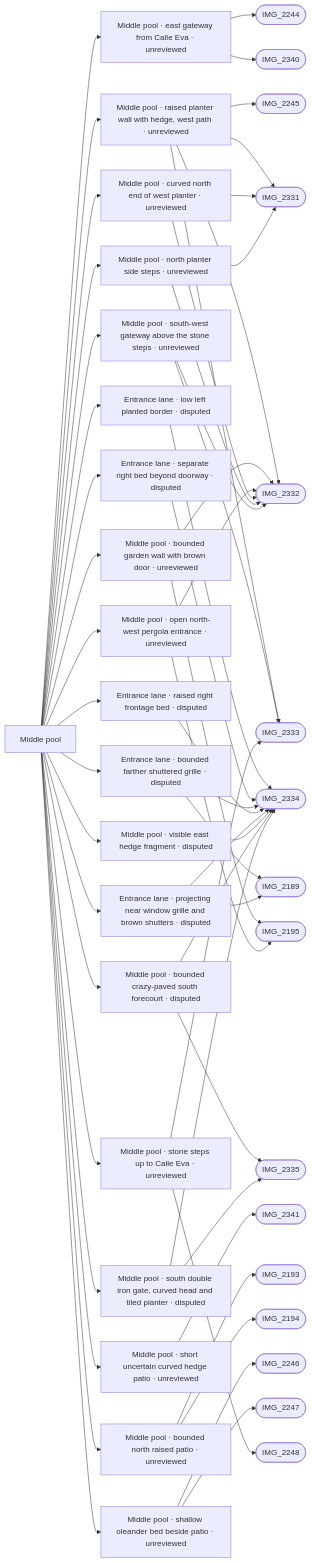
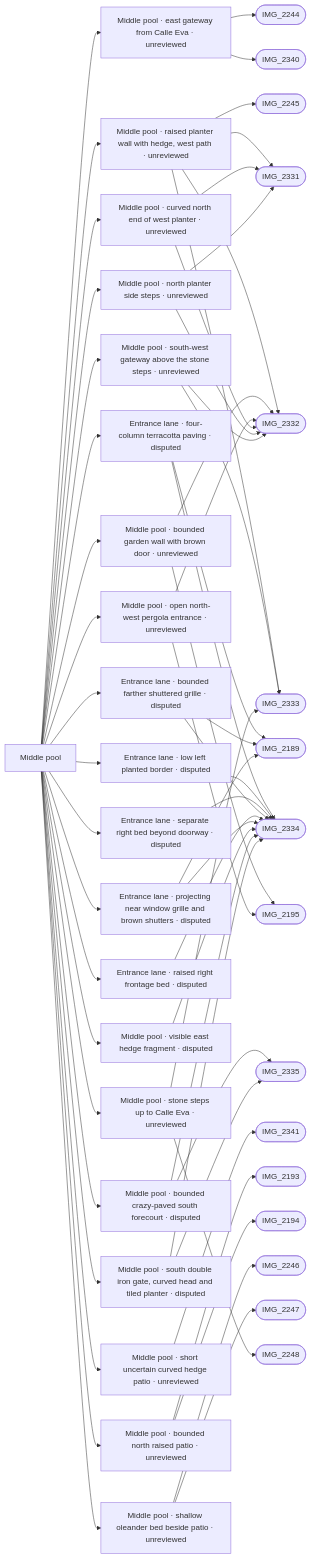
One commit to daveyboyc/villacana-venture changed the diagram in refs/areas/middle-pool.md. Above: the diagram before and after it, drawn with Mermaid. The commit also changed other lines of this file and 40 other files, not shown here.

Commit message:
Correct window cages to square frames and lane paving to four columns

````diff
--- a/refs/areas/middle-pool.md
+++ b/refs/areas/middle-pool.md
@@ -60,58 +61,61 @@
 ```mermaid
 graph LR
   A["Middle pool"]
   A --> F0["Middle pool · east gateway from Calle Eva · unreviewed"]
   F0 --> PIMG_2244_jpg(["IMG_2244"])
   F0 --> PIMG_2340_jpg(["IMG_2340"])
   A --> F1["Middle pool · raised planter wall with hedge, west path · unreviewed"]
   F1 --> PIMG_2245_jpg(["IMG_2245"])
   F1 --> PIMG_2331_jpg(["IMG_2331"])
   F1 --> PIMG_2332_jpg(["IMG_2332"])
   F1 --> PIMG_2333_jpg(["IMG_2333"])
-  A --> F2["Entrance lane · low left planted border · disputed"]
+  A --> F2["Entrance lane · four-column terracotta paving · disputed"]
+  F2 --> PIMG_2189_jpg(["IMG_2189"])
   F2 --> PIMG_2334_jpg(["IMG_2334"])
-  A --> F3["Entrance lane · separate right bed beyond doorway · disputed"]
+  A --> F3["Entrance lane · low left planted border · disputed"]
   F3 --> PIMG_2334_jpg(["IMG_2334"])
-  A --> F4["Entrance lane · bounded farther shuttered grille · disputed"]
-  F4 --> PIMG_2189_jpg(["IMG_2189"])
+  A --> F4["Entrance lane · separate right bed beyond doorway · disputed"]
   F4 --> PIMG_2334_jpg(["IMG_2334"])
-  A --> F5["Entrance lane · raised right frontage bed · disputed"]
+  A --> F5["Entrance lane · bounded farther shuttered grille · disputed"]
+  F5 --> PIMG_2189_jpg(["IMG_2189"])
   F5 --> PIMG_2334_jpg(["IMG_2334"])
-  A --> F6["Entrance lane · projecting near window grille and brown shutters · disputed"]
-  F6 --> PIMG_2189_jpg(["IMG_2189"])
+  A --> F6["Entrance lane · raised right frontage bed · disputed"]
   F6 --> PIMG_2334_jpg(["IMG_2334"])
-  A --> F7["Middle pool · bounded garden wall with brown door · unreviewed"]
-  F7 --> PIMG_2195_jpg(["IMG_2195"])
-  F7 --> PIMG_2332_jpg(["IMG_2332"])
-  A --> F8["Middle pool · open north-west pergola entrance · unreviewed"]
+  A --> F7["Entrance lane · projecting near window grille and brown shutters · disputed"]
+  F7 --> PIMG_2189_jpg(["IMG_2189"])
+  F7 --> PIMG_2334_jpg(["IMG_2334"])
+  A --> F8["Middle pool · bounded garden wall with brown door · unreviewed"]
   F8 --> PIMG_2195_jpg(["IMG_2195"])
   F8 --> PIMG_2332_jpg(["IMG_2332"])
-  A --> F9["Middle pool · curved north end of west planter · unreviewed"]
-  F9 --> PIMG_2331_jpg(["IMG_2331"])
+  A --> F9["Middle pool · open north-west pergola entrance · unreviewed"]
+  F9 --> PIMG_2195_jpg(["IMG_2195"])
   F9 --> PIMG_2332_jpg(["IMG_2332"])
-  A --> F10["Middle pool · north planter side steps · unreviewed"]
+  A --> F10["Middle pool · curved north end of west planter · unreviewed"]
   F10 --> PIMG_2331_jpg(["IMG_2331"])
   F10 --> PIMG_2332_jpg(["IMG_2332"])
-  A --> F11["Middle pool · visible east hedge fragment · disputed"]
-  F11 --> PIMG_2334_jpg(["IMG_2334"])
-  A --> F12["Middle pool · bounded crazy-paved south forecourt · disputed"]
+  A --> F11["Middle pool · north planter side steps · unreviewed"]
+  F11 --> PIMG_2331_jpg(["IMG_2331"])
+  F11 --> PIMG_2332_jpg(["IMG_2332"])
+  A --> F12["Middle pool · visible east hedge fragment · disputed"]
   F12 --> PIMG_2334_jpg(["IMG_2334"])
-  F12 --> PIMG_2335_jpg(["IMG_2335"])
-  A --> F13["Middle pool · south double iron gate, curved head and tiled planter · disputed"]
+  A --> F13["Middle pool · bounded crazy-paved south forecourt · disputed"]
   F13 --> PIMG_2334_jpg(["IMG_2334"])
   F13 --> PIMG_2335_jpg(["IMG_2335"])
-  A --> F14["Middle pool · south-west gateway above the stone steps · unreviewed"]
-  F14 --> PIMG_2332_jpg(["IMG_2332"])
-  F14 --> PIMG_2333_jpg(["IMG_2333"])
-  A --> F15["Middle pool · short uncertain curved hedge patio · unreviewed"]
-  F15 --> PIMG_2341_jpg(["IMG_2341"])
-  A --> F16["Middle pool · bounded north raised patio · unreviewed"]
-  F16 --> PIMG_2193_jpg(["IMG_2193"])
-  F16 --> PIMG_2194_jpg(["IMG_2194"])
-  A --> F17["Middle pool · shallow oleander bed beside patio · unreviewed"]
-  F17 --> PIMG_2246_jpg(["IMG_2246"])
-  F17 --> PIMG_2247_jpg(["IMG_2247"])
-  A --> F18["Middle pool · stone steps up to Calle Eva · unreviewed"]
-  F18 --> PIMG_2248_jpg(["IMG_2248"])
-  F18 --> PIMG_2333_jpg(["IMG_2333"])
+  A --> F14["Middle pool · south double iron gate, curved head and tiled planter · disputed"]
+  F14 --> PIMG_2334_jpg(["IMG_2334"])
+  F14 --> PIMG_2335_jpg(["IMG_2335"])
+  A --> F15["Middle pool · south-west gateway above the stone steps · unreviewed"]
+  F15 --> PIMG_2332_jpg(["IMG_2332"])
+  F15 --> PIMG_2333_jpg(["IMG_2333"])
+  A --> F16["Middle pool · short uncertain curved hedge patio · unreviewed"]
+  F16 --> PIMG_2341_jpg(["IMG_2341"])
+  A --> F17["Middle pool · bounded north raised patio · unreviewed"]
+  F17 --> PIMG_2193_jpg(["IMG_2193"])
+  F17 --> PIMG_2194_jpg(["IMG_2194"])
+  A --> F18["Middle pool · shallow oleander bed beside patio · unreviewed"]
+  F18 --> PIMG_2246_jpg(["IMG_2246"])
+  F18 --> PIMG_2247_jpg(["IMG_2247"])
+  A --> F19["Middle pool · stone steps up to Calle Eva · unreviewed"]
+  F19 --> PIMG_2248_jpg(["IMG_2248"])
+  F19 --> PIMG_2333_jpg(["IMG_2333"])
 ```
````
